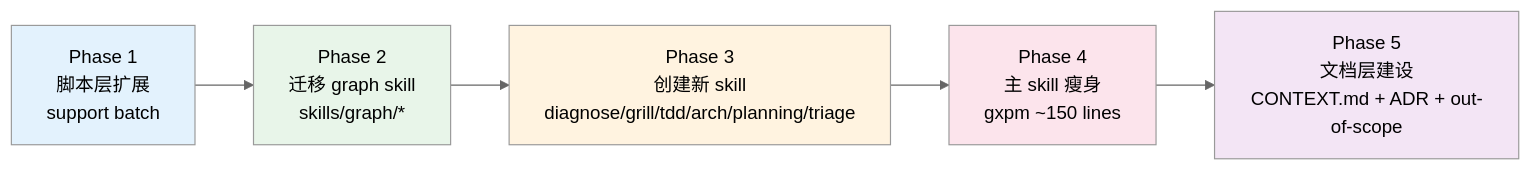
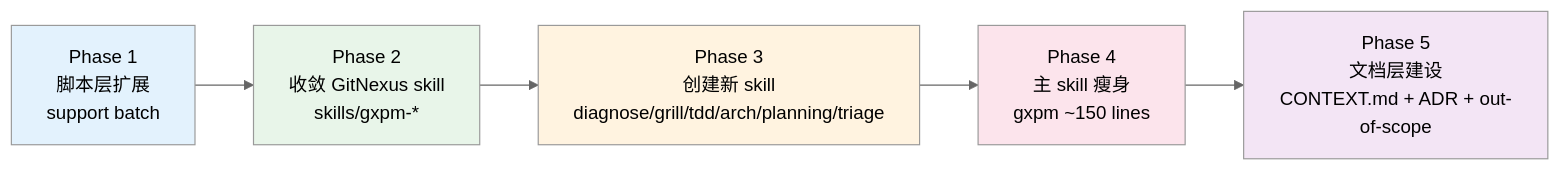
Before and after one commit to laozhong86/gxpm: the fourth of 4 diagrams in docs/architecture/gxpm-target-architecture.md, drawn with Mermaid (neutral theme). The commit also changed other lines of this file and 7 other files, not shown here.

Commit message:
GXPM-106 remove code-review-graph surfaces

````diff
--- a/docs/architecture/gxpm-target-architecture.md
+++ b/docs/architecture/gxpm-target-architecture.md
@@ -434,16 +434,16 @@
 ```mermaid
 flowchart LR
     P1["Phase 1<br/>脚本层扩展<br/>support batch"]
-    P2["Phase 2<br/>迁移 graph skill<br/>skills/graph/*"]
+    P2["Phase 2<br/>收敛 GitNexus skill<br/>skills/gxpm-*"]
     P3["Phase 3<br/>创建新 skill<br/>diagnose/grill/tdd/arch/planning/triage"]
     P4["Phase 4<br/>主 skill 瘦身<br/>gxpm ~150 lines"]
     P5["Phase 5<br/>文档层建设<br/>CONTEXT.md + ADR + out-of-scope"]
 
     P1 --> P2 --> P3 --> P4 --> P5
 
     style P1 fill:#e3f2fd
     style P2 fill:#e8f5e9
     style P3 fill:#fff3e0
     style P4 fill:#fce4ec
     style P5 fill:#f3e5f5
 ```
````
